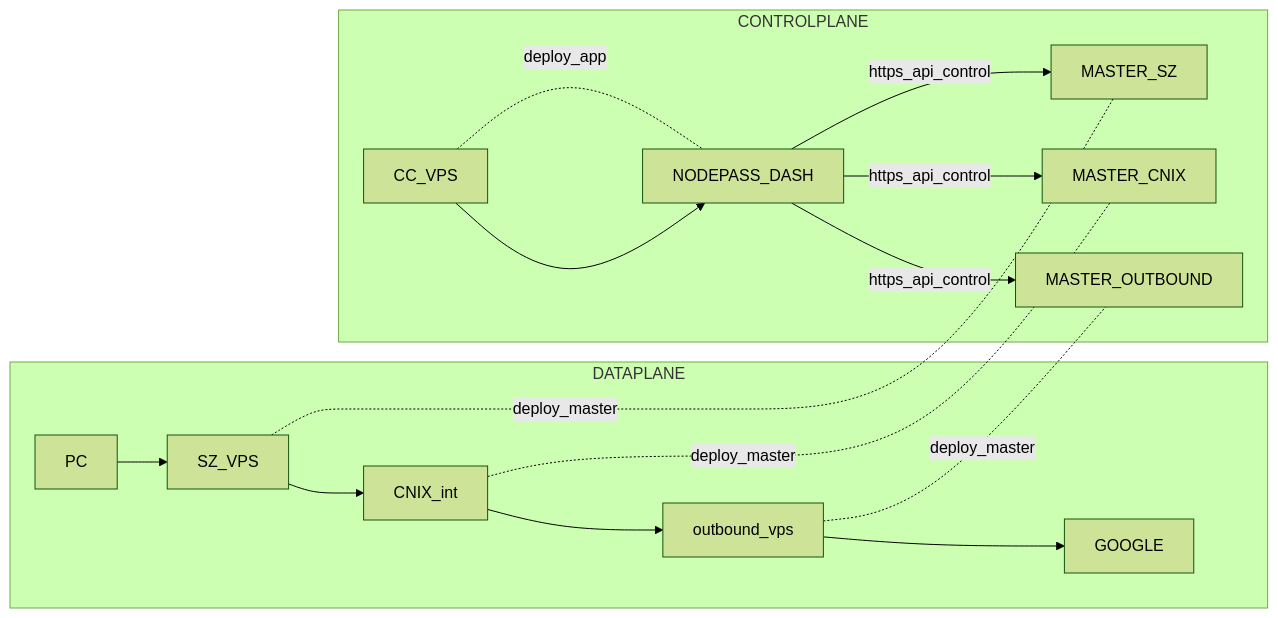
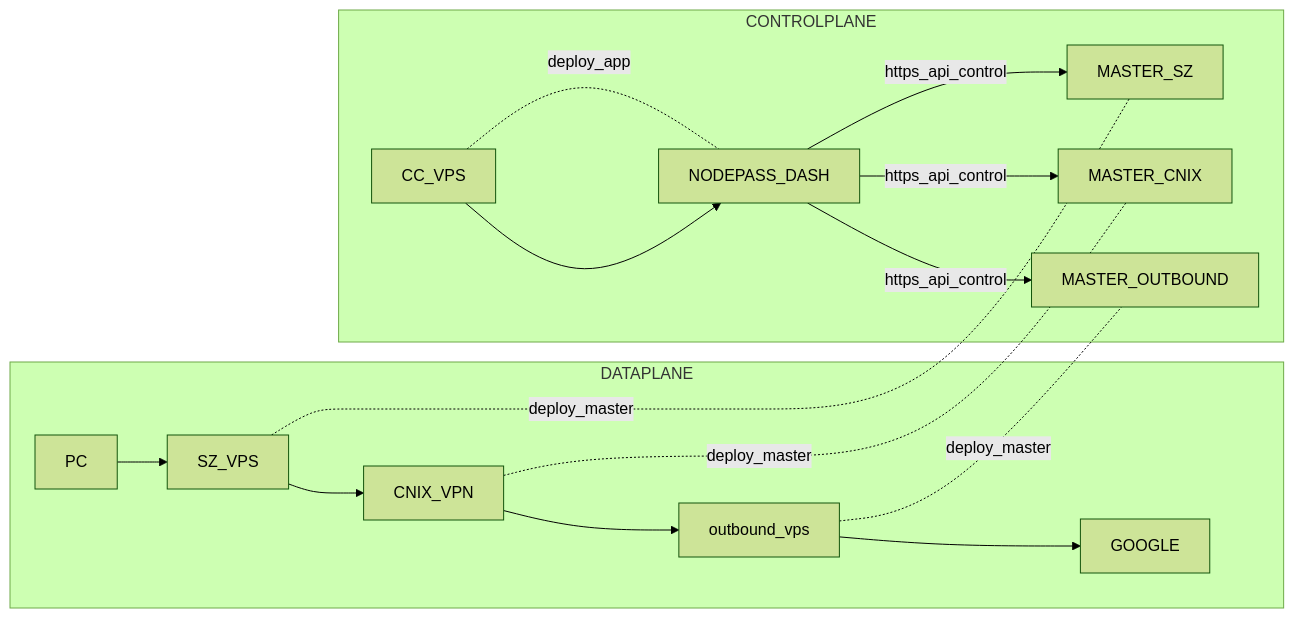
The diagram in site/content/vpn/nodepass-init.md (dyq94310/hugo-me), drawn with Mermaid (forest theme) before and after one commit. The commit also changed 1 other file, not shown here.

Commit message:
add  cnix iptable

````diff
--- a/site/content/vpn/nodepass-init.md
+++ b/site/content/vpn/nodepass-init.md
@@ -146,39 +146,39 @@
 ```mermaid
 flowchart LR
 
     %% =========================
     %% 数据面 Data Plane
     %% =========================
     subgraph DATAPLANE
         PC
         SZ_VPS
-        CNIX_int
+        CNIX_VPN
         outbound_vps
         GOOGLE
     end
 
-    PC --> SZ_VPS --> CNIX_int --> outbound_vps --> GOOGLE
+    PC --> SZ_VPS --> CNIX_VPN --> outbound_vps --> GOOGLE
 
     %% =========================
     %% 控制面 Control Plane
     %% =========================
     subgraph CONTROLPLANE
         CC_VPS
         NODEPASS_DASH
         MASTER_SZ
         MASTER_CNIX
         MASTER_OUTBOUND
     end
 
     CC_VPS --> NODEPASS_DASH
 
     NODEPASS_DASH -- https_api_control --> MASTER_SZ
     NODEPASS_DASH -- https_api_control --> MASTER_CNIX
     NODEPASS_DASH -- https_api_control --> MASTER_OUTBOUND
 
     SZ_VPS -. deploy_master .- MASTER_SZ
-    CNIX_int -. deploy_master .- MASTER_CNIX
+    CNIX_VPN -. deploy_master .- MASTER_CNIX
     outbound_vps -. deploy_master .- MASTER_OUTBOUND
 
     CC_VPS -. deploy_app .- NODEPASS_DASH
 ```
````
